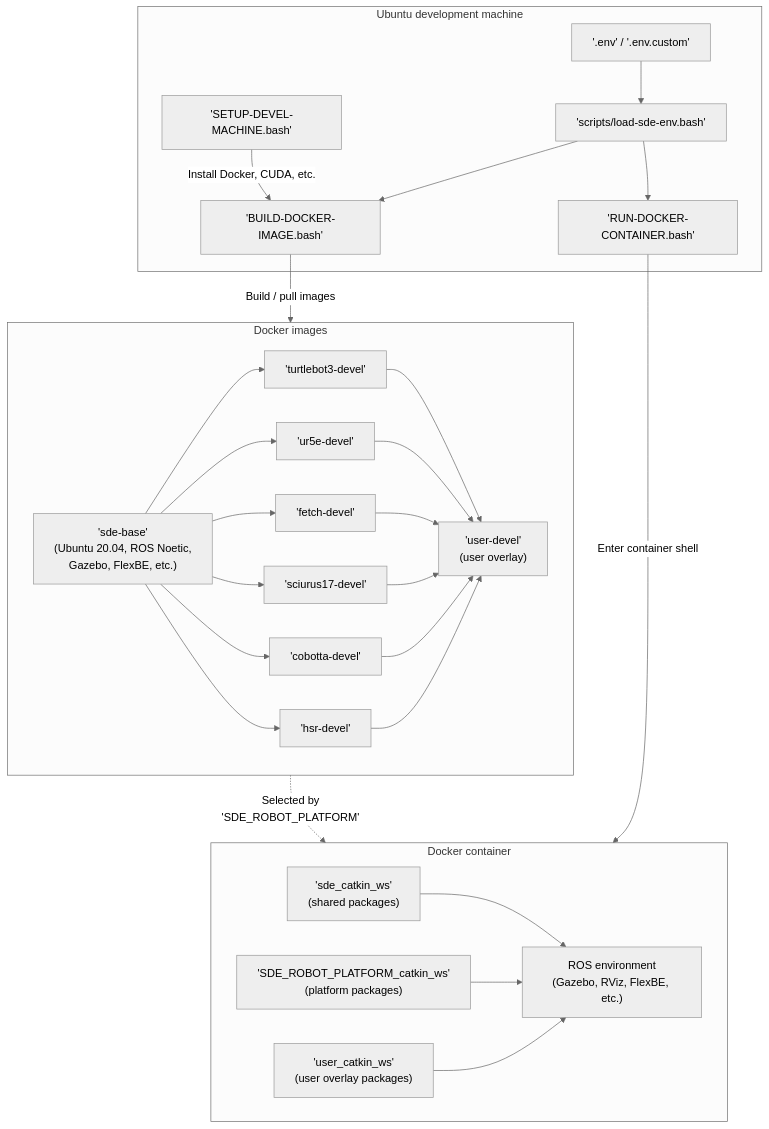
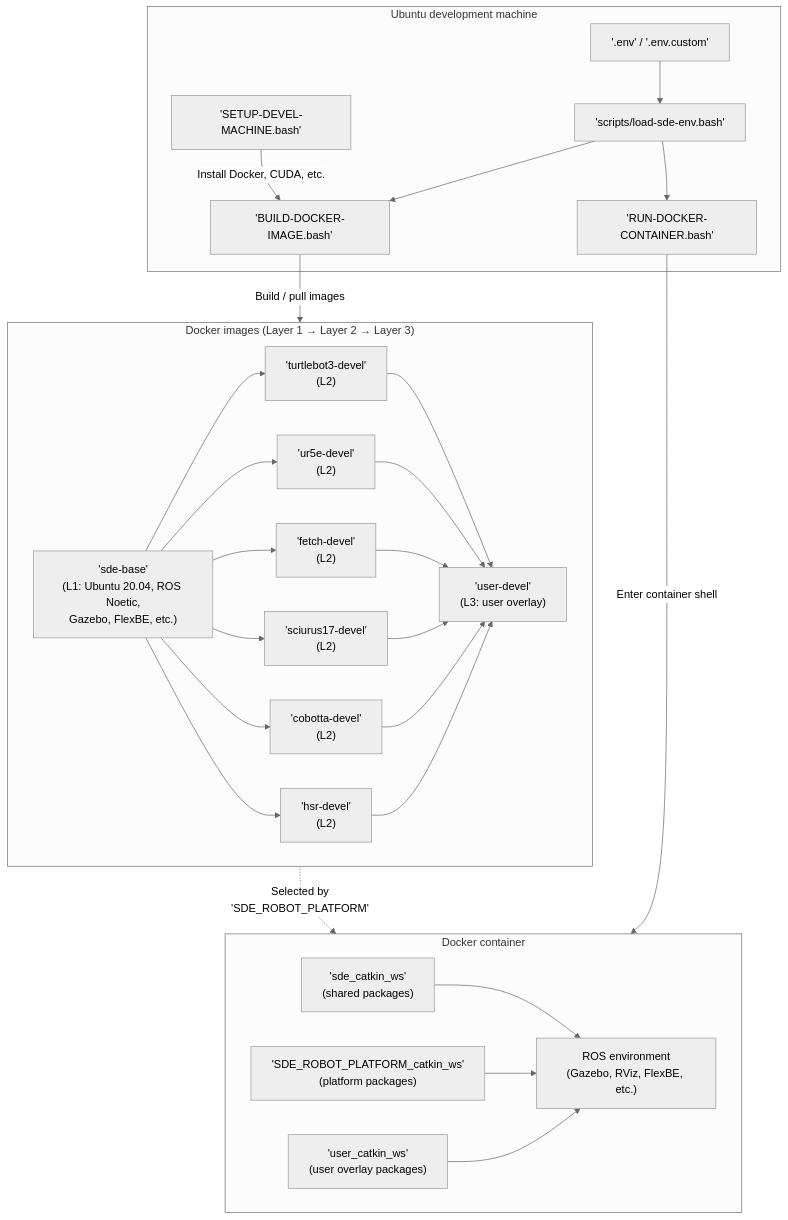
The diagram in README.md (openrosde/openrosde), drawn with Mermaid before and after one commit. The commit also changed other lines of this file and 1 other file, not shown here.

Commit message:
docs: clarify user overlay layers and their purposes in documentation

````diff
--- a/README.md
+++ b/README.md
@@ -46,55 +46,55 @@
 ```mermaid
 ---
 config:
   theme: neutral
 ---
 flowchart TD
     subgraph host["Ubuntu development machine"]
         env["'.env' / '.env.custom'"]
         loader["'scripts/load-sde-env.bash'"]
         setup["'SETUP-DEVEL-MACHINE.bash'"]
         build["'BUILD-DOCKER-IMAGE.bash'"]
         run["'RUN-DOCKER-CONTAINER.bash'"]
         env --> loader
         setup -->|"Install Docker, CUDA, etc."| build
         loader --> build
         loader --> run
     end
 
-    subgraph images["Docker images"]
-        base["'sde-base'<br/>(Ubuntu 20.04, ROS Noetic,<br/>Gazebo, FlexBE, etc.)"]
-        turtlebot3["'turtlebot3-devel'"]
-        ur5e["'ur5e-devel'"]
+    subgraph images["Docker images (Layer 1 → Layer 2 → Layer 3)"]
+        base["'sde-base'<br/>(L1: Ubuntu 20.04, ROS Noetic,<br/>Gazebo, FlexBE, etc.)"]
+        turtlebot3["'turtlebot3-devel'<br/>(L2)"]
+        ur5e["'ur5e-devel'<br/>(L2)"]
         base --> turtlebot3
         base --> ur5e
-        fetch["'fetch-devel'"]
+        fetch["'fetch-devel'<br/>(L2)"]
         base --> fetch
-        sciurus17["'sciurus17-devel'"]
+        sciurus17["'sciurus17-devel'<br/>(L2)"]
         base --> sciurus17
-        cobotta["'cobotta-devel'"]
+        cobotta["'cobotta-devel'<br/>(L2)"]
         base --> cobotta
-        hsr["'hsr-devel'"]
+        hsr["'hsr-devel'<br/>(L2)"]
         base --> hsr
-        user["'user-devel'<br/>(user overlay)"]
+        user["'user-devel'<br/>(L3: user overlay)"]
         turtlebot3 --> user
         ur5e --> user
         fetch --> user
         sciurus17 --> user
         cobotta --> user
         hsr --> user
     end
 
     subgraph container["Docker container"]
         shared["'sde_catkin_ws'<br/>(shared packages)"]
         platws["'SDE_ROBOT_PLATFORM_catkin_ws'<br/>(platform packages)"]
         userws["'user_catkin_ws'<br/>(user overlay packages)"]
         rosenv["ROS environment<br/>(Gazebo, RViz, FlexBE, etc.)"]
         shared --> rosenv
         platws --> rosenv
         userws --> rosenv
     end
 
     build -->|"Build / pull images"| images
     images -.->|"Selected by<br/>'SDE_ROBOT_PLATFORM'"| container
     run -->|"Enter container shell"| container
 ```
````
